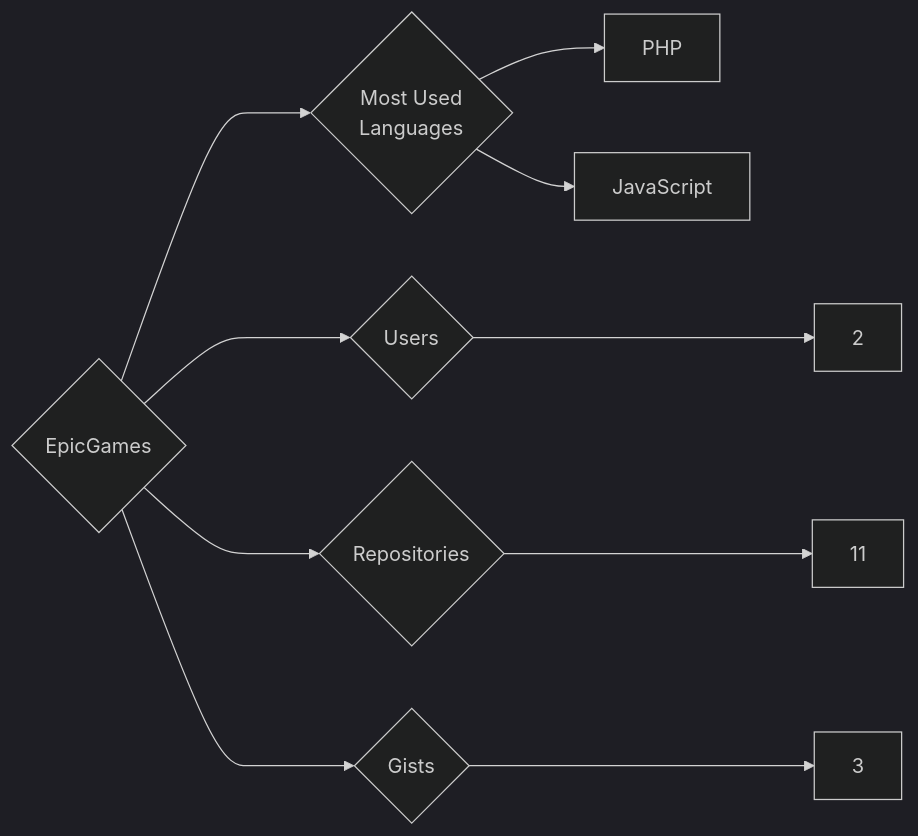
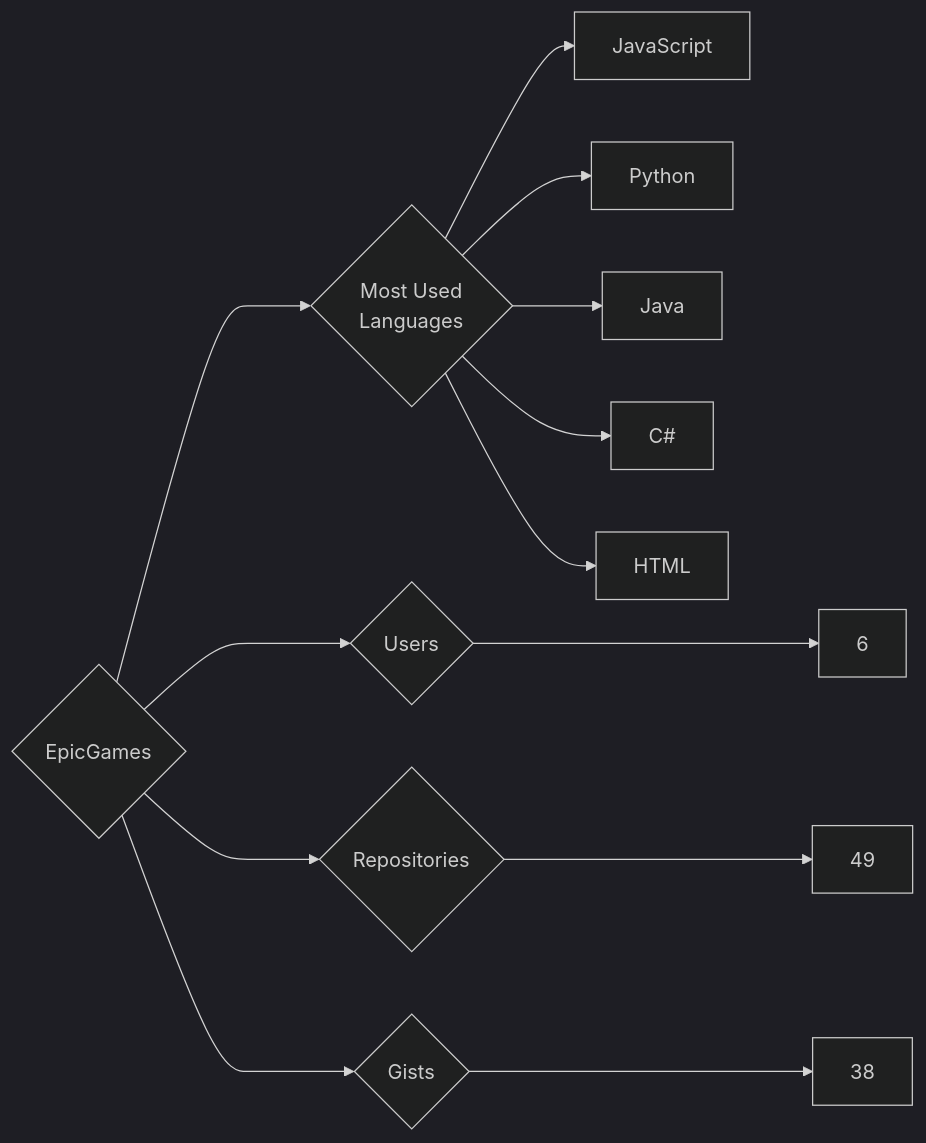
One commit to trickest/insiders changed the diagram in targets/EpicGames/README.md. Above: the diagram before and after it, drawn with Mermaid (dark theme). The commit also changed 1175 other files, not shown here.

````diff
--- a/targets/EpicGames/README.md
+++ b/targets/EpicGames/README.md
@@ -3,10 +3,13 @@
 ```mermaid
 graph LR
 COMPANY_NAME{EpicGames}
-COMPANY_NAME ---> U{Users} ---> UN[2]
-COMPANY_NAME ---> R{Repositories} ---> RN[11]
-COMPANY_NAME ---> G{Gists} ---> GN[3]
+COMPANY_NAME ---> U{Users} ---> UN[6]
+COMPANY_NAME ---> R{Repositories} ---> RN[49]
+COMPANY_NAME ---> G{Gists} ---> GN[38]
 COMPANY_NAME ---> ML{Most Used<br>Languages}
-ML --> PHP[PHP]
 ML --> JavaScript[JavaScript]
+ML --> Python[Python]
+ML --> Java[Java]
+ML --> C#[C#]
+ML --> HTML[HTML]
 ```
````
